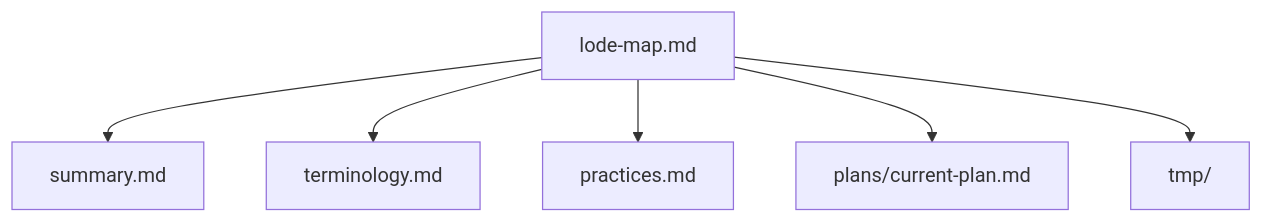
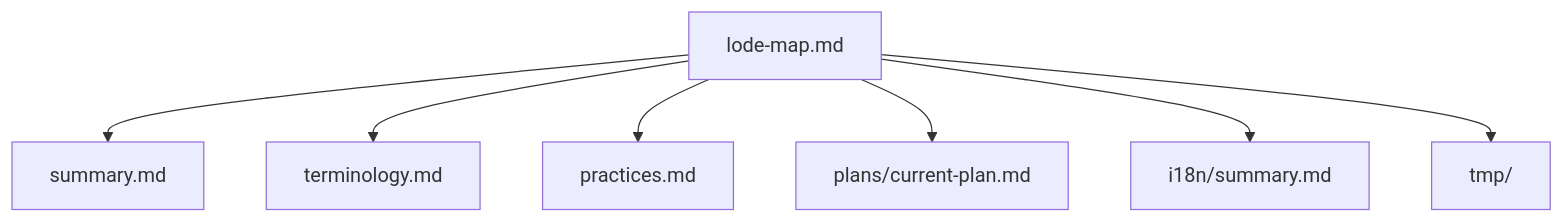
Before and after one commit to ipavic933-spec/website-pavic: the diagram in lode/lode-map.md, drawn with Mermaid. The commit also changed other lines of this file and 21 other files, not shown here.

````diff
--- a/lode/lode-map.md
+++ b/lode/lode-map.md
@@ -16,8 +19,9 @@
 ```mermaid
 graph TD
   LodeMap["lode-map.md"] --> Summary["summary.md"]
   LodeMap --> Terminology["terminology.md"]
   LodeMap --> Practices["practices.md"]
   LodeMap --> Plans["plans/current-plan.md"]
+  LodeMap --> I18N["i18n/summary.md"]
   LodeMap --> Tmp["tmp/"]
 ```
````
